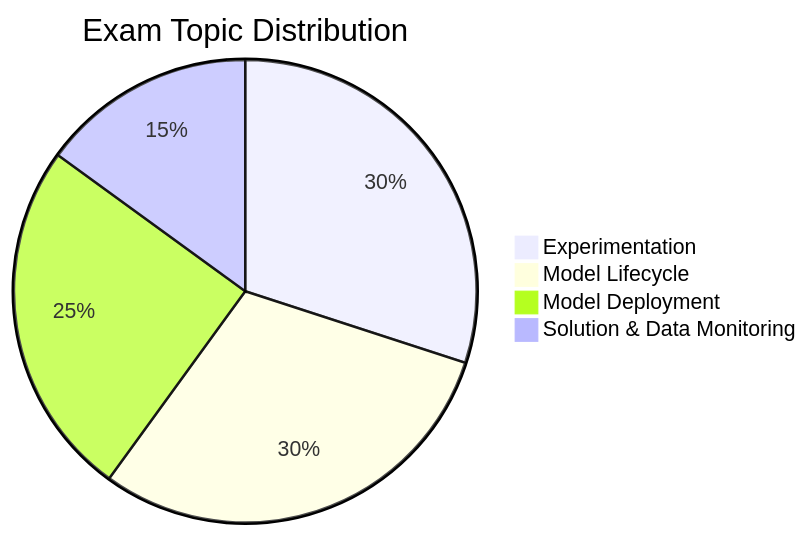
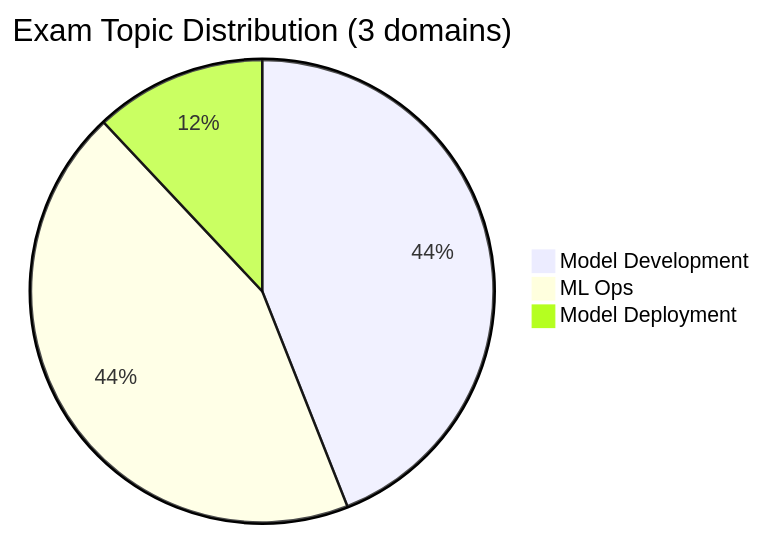
The diagram in certifications/ml-professional/README.md (kengio/databricks-certification-study-guide), drawn with Mermaid before and after one commit. The commit also changed other lines of this file and 18 other files, not shown here.

````diff
--- a/certifications/ml-professional/README.md
+++ b/certifications/ml-professional/README.md
@@ -29,7 +42,6 @@
 ```mermaid
-pie title Exam Topic Distribution
-    "Experimentation" : 30
-    "Model Lifecycle" : 30
-    "Model Deployment" : 25
-    "Solution & Data Monitoring" : 15
+pie title Exam Topic Distribution (3 domains)
+    "Model Development" : 44
+    "ML Ops" : 44
+    "Model Deployment" : 12
 ```
````
